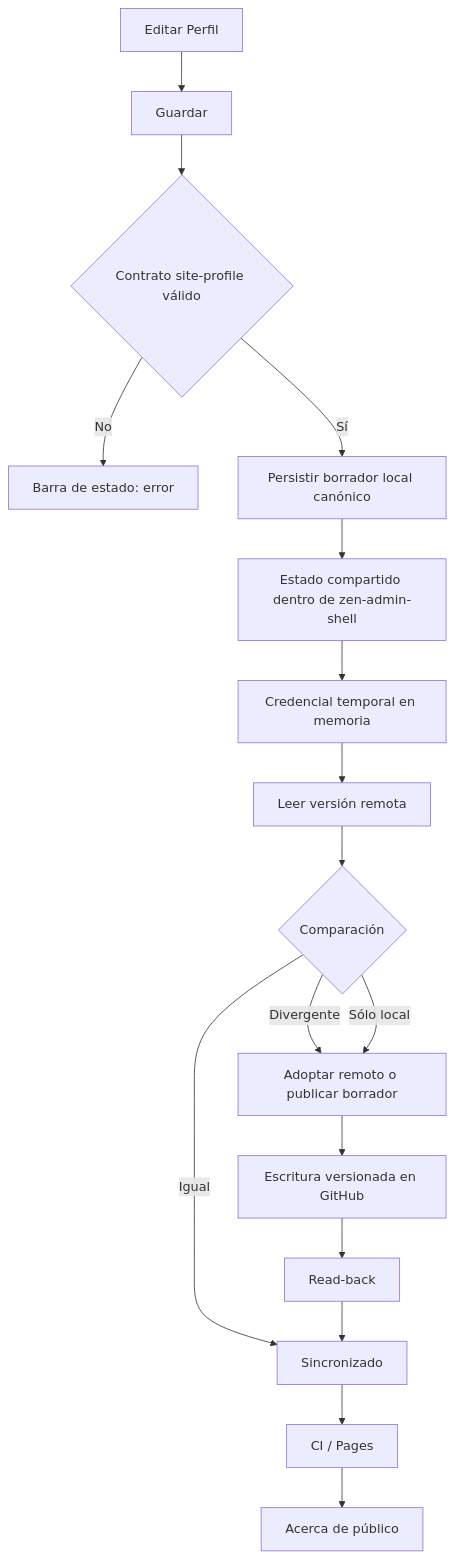
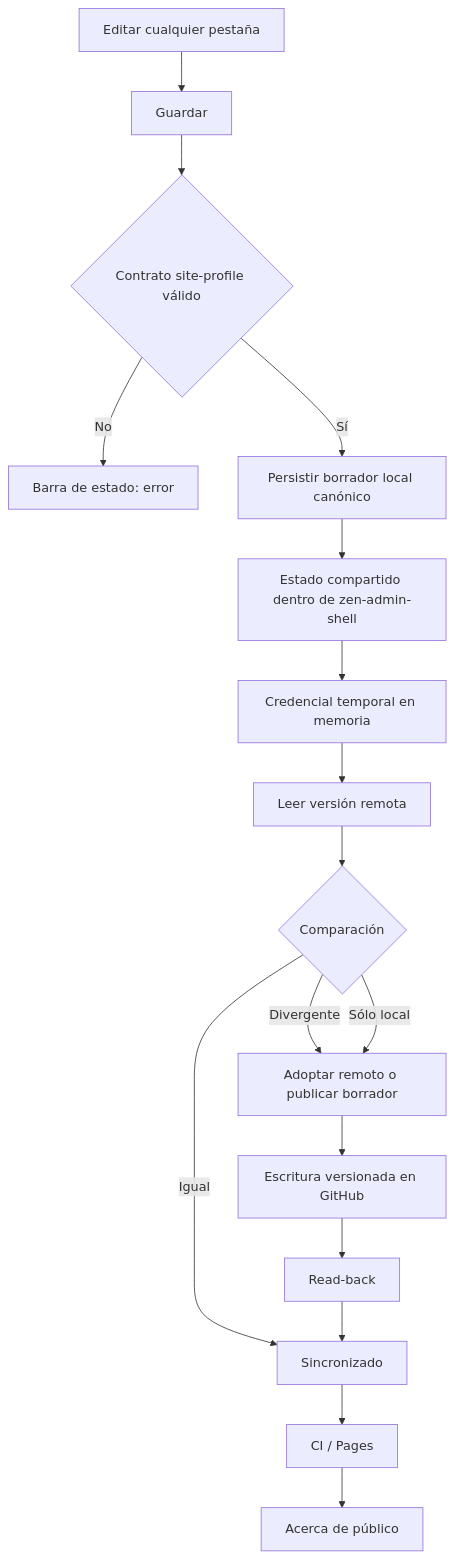
One commit to devMod3/cuba-la-hoja-de-ruta changed the diagram in next/docs/WIREFRAMES-ADMIN-ABOUT-FLOW.md. Above: the diagram before and after it, drawn with Mermaid. The commit also changed other lines of this file, not shown here.

````diff
--- a/next/docs/WIREFRAMES-ADMIN-ABOUT-FLOW.md
+++ b/next/docs/WIREFRAMES-ADMIN-ABOUT-FLOW.md
@@ -104,19 +118,19 @@
 ```mermaid
 flowchart TD
-  A[Editar Perfil] --> B[Guardar]
+  A[Editar cualquier pestaña] --> B[Guardar]
   B --> C{Contrato site-profile válido}
   C -->|No| D[Barra de estado: error]
   C -->|Sí| E[Persistir borrador local canónico]
   E --> F[Estado compartido dentro de zen-admin-shell]
   F --> G[Credencial temporal en memoria]
   G --> H[Leer versión remota]
   H --> I{Comparación}
   I -->|Igual| J[Sincronizado]
   I -->|Divergente| K[Adoptar remoto o publicar borrador]
   I -->|Sólo local| K
   K --> L[Escritura versionada en GitHub]
   L --> M[Read-back]
   M --> J
   J --> N[CI / Pages]
   N --> O[Acerca de público]
 ```
````
